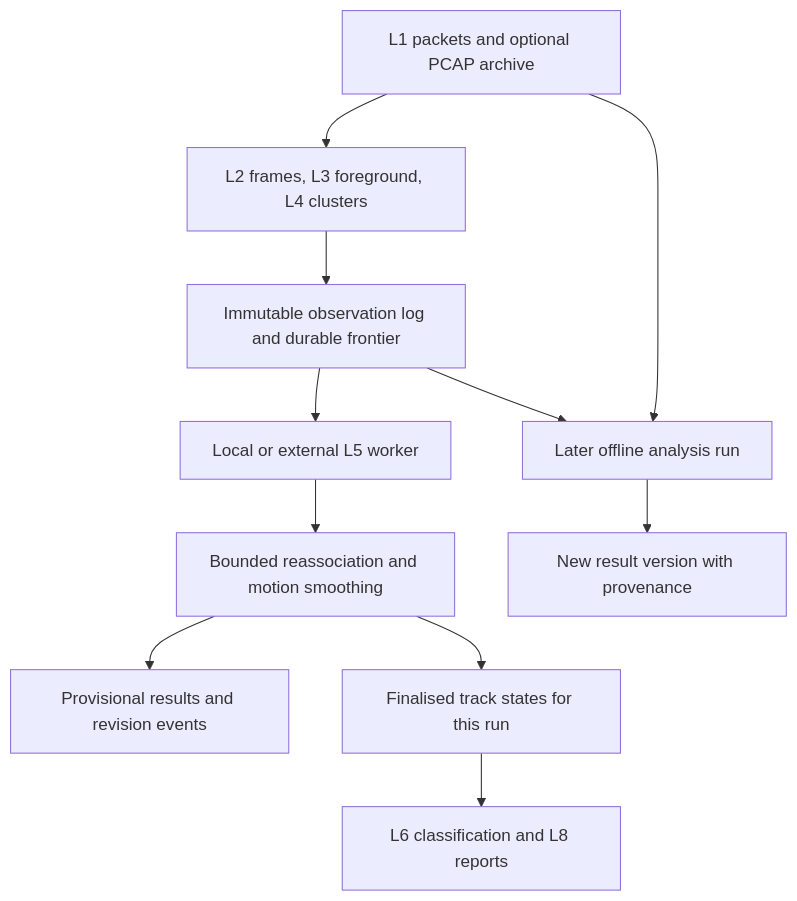
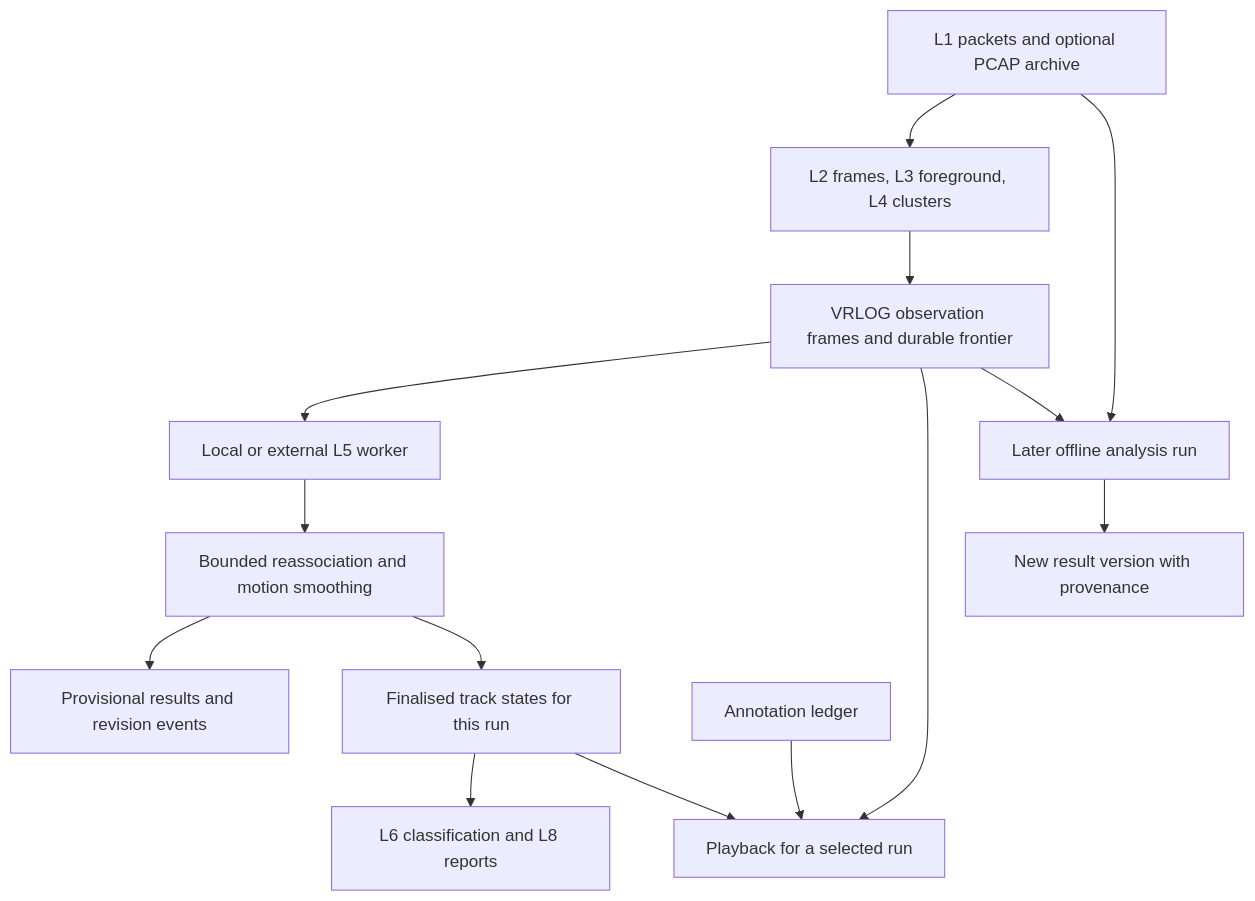
The diagram in docs/plans/lidar-cluster-observation-log-and-async-tracking-plan.md (banshee-data/velocity.report), drawn with Mermaid before and after one commit. The commit also changed other lines of this file and 1 other file, not shown here.

First line of the commit message:
[ai][docs] VRLOG recording contract review, and the async tracking plan it feeds (#670)

````diff
--- a/docs/plans/lidar-cluster-observation-log-and-async-tracking-plan.md
+++ b/docs/plans/lidar-cluster-observation-log-and-async-tracking-plan.md
@@ -78,13 +80,16 @@
 ```mermaid
 flowchart TD
     A["L1 packets and optional PCAP archive"] --> B["L2 frames, L3 foreground, L4 clusters"]
-    B --> C["Immutable observation log and durable frontier"]
+    B --> C["VRLOG observation frames and durable frontier"]
     C --> D["Local or external L5 worker"]
     D --> E["Bounded reassociation and motion smoothing"]
     E --> F["Provisional results and revision events"]
     E --> G["Finalised track states for this run"]
     G --> H["L6 classification and L8 reports"]
+    C --> K["Playback for a selected run"]
+    G --> K
+    L["Annotation ledger"] --> K
     C --> I["Later offline analysis run"]
     A --> I
     I --> J["New result version with provenance"]
 ```
````
